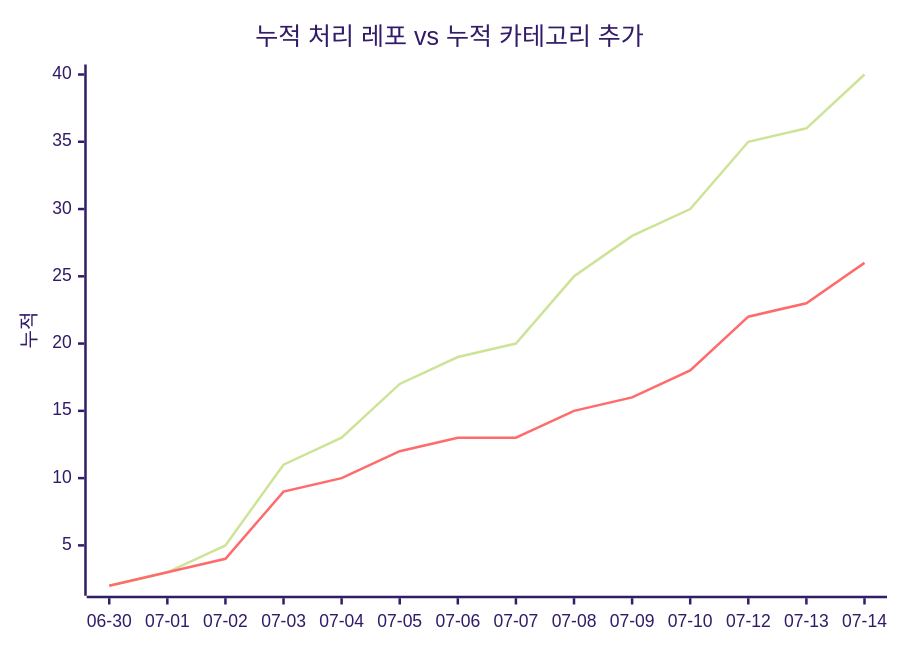
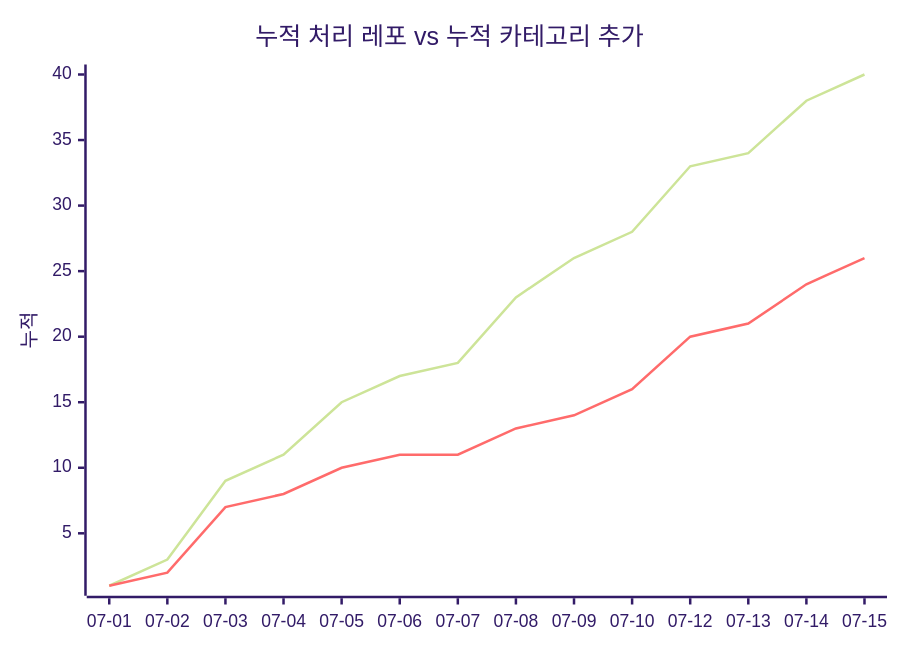
The second of 2 diagrams in docs/trends.md (J-nowcow/awesome-korean-agent-skills), drawn with Mermaid (forest theme) before and after one commit. The commit also changed other lines of this file and 5 other files, not shown here.

````diff
--- a/docs/trends.md
+++ b/docs/trends.md
@@ -68,8 +68,8 @@
 ```mermaid
 xychart-beta
     title "누적 처리 레포 vs 누적 카테고리 추가"
-    x-axis ["06-30","07-01","07-02","07-03","07-04","07-05","07-06","07-07","07-08","07-09","07-10","07-12","07-13","07-14"]
+    x-axis ["07-01","07-02","07-03","07-04","07-05","07-06","07-07","07-08","07-09","07-10","07-12","07-13","07-14","07-15"]
     y-axis "누적"
-    line [2,3,5,11,13,17,19,20,25,28,30,35,36,40]
-    line [2,3,4,9,10,12,13,13,15,16,18,22,23,26]
+    line [1,3,9,11,15,17,18,23,26,28,33,34,38,40]
+    line [1,2,7,8,10,11,11,13,14,16,20,21,24,26]
 ```
````
